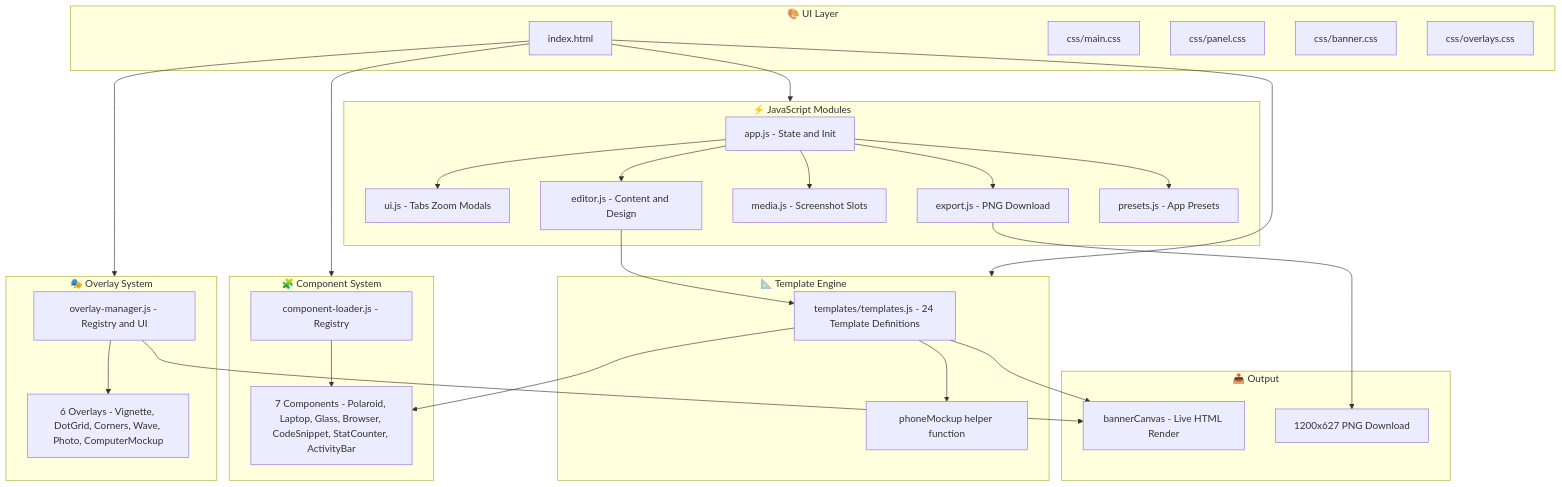
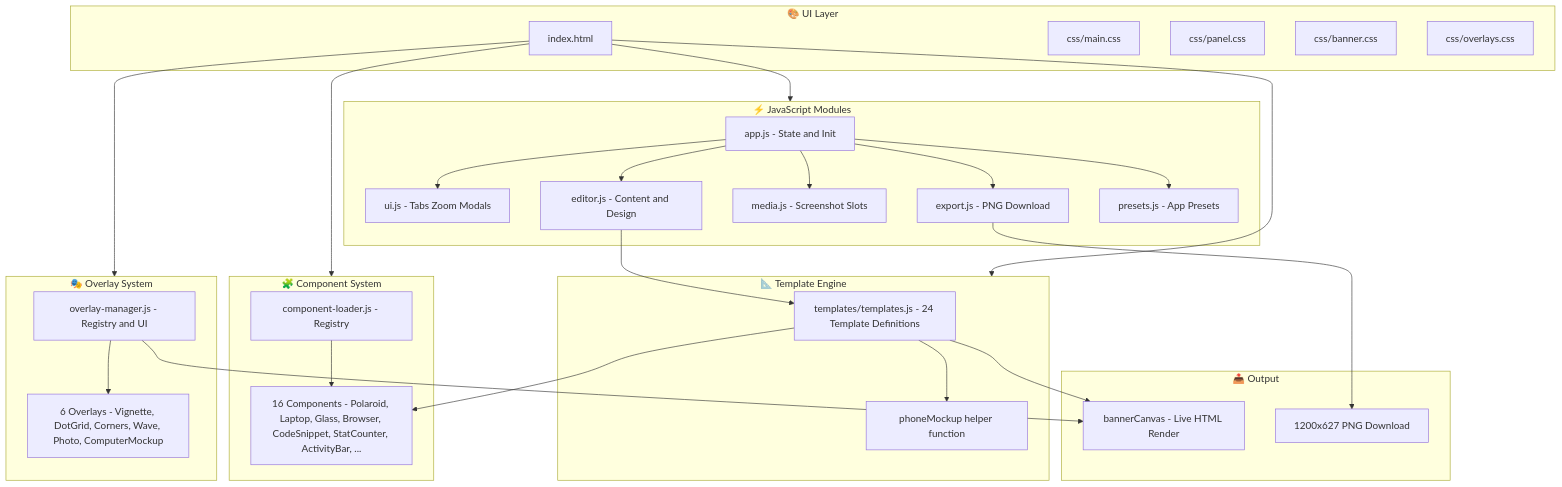
The first of 5 diagrams in README.md (atanucsejgec/LinkedIn_Banner_Designer), drawn with Mermaid before and after one commit. The commit also changed other lines of this file and 16 other files, not shown here.

````diff
--- a/README.md
+++ b/README.md
@@ -505,57 +529,57 @@
 ```mermaid
 graph TB
     subgraph UI["🎨 UI Layer"]
         HTML[index.html]
         CSS_MAIN[css/main.css]
         CSS_PANEL[css/panel.css]
         CSS_BANNER[css/banner.css]
         CSS_OVERLAYS[css/overlays.css]
     end
 
     subgraph Logic["⚡ JavaScript Modules"]
         APP[app.js - State and Init]
         UI_JS[ui.js - Tabs Zoom Modals]
         EDITOR[editor.js - Content and Design]
         MEDIA[media.js - Screenshot Slots]
         EXPORT[export.js - PNG Download]
         PRESETS[presets.js - App Presets]
     end
 
     subgraph Templates["📐 Template Engine"]
         TMPL["templates/templates.js - 24 Template Definitions"]
         PHONE[phoneMockup helper function]
     end
 
     subgraph Components["🧩 Component System"]
         LOADER[component-loader.js - Registry]
-        COMP_CARDS["7 Components - Polaroid, Laptop, Glass, Browser, CodeSnippet, StatCounter, ActivityBar"]
+        COMP_CARDS["16 Components - Polaroid, Laptop, Glass, Browser, CodeSnippet, StatCounter, ActivityBar, ..."]
     end
 
     subgraph Overlays["🎭 Overlay System"]
         OV_MGR[overlay-manager.js - Registry and UI]
         OV_PLUGINS["6 Overlays - Vignette, DotGrid, Corners, Wave, Photo, ComputerMockup"]
     end
 
     subgraph Output["📤 Output"]
         CANVAS[bannerCanvas - Live HTML Render]
         PNG[1200x627 PNG Download]
     end
 
     HTML --> Logic
     HTML --> Templates
     HTML --> Components
     HTML --> Overlays
     APP --> UI_JS
     APP --> EDITOR
     APP --> MEDIA
     APP --> EXPORT
     APP --> PRESETS
     EDITOR --> TMPL
     TMPL --> CANVAS
     TMPL --> PHONE
     TMPL --> COMP_CARDS
     LOADER --> COMP_CARDS
     OV_MGR --> OV_PLUGINS
     OV_MGR --> CANVAS
     EXPORT --> PNG
 ```
````
